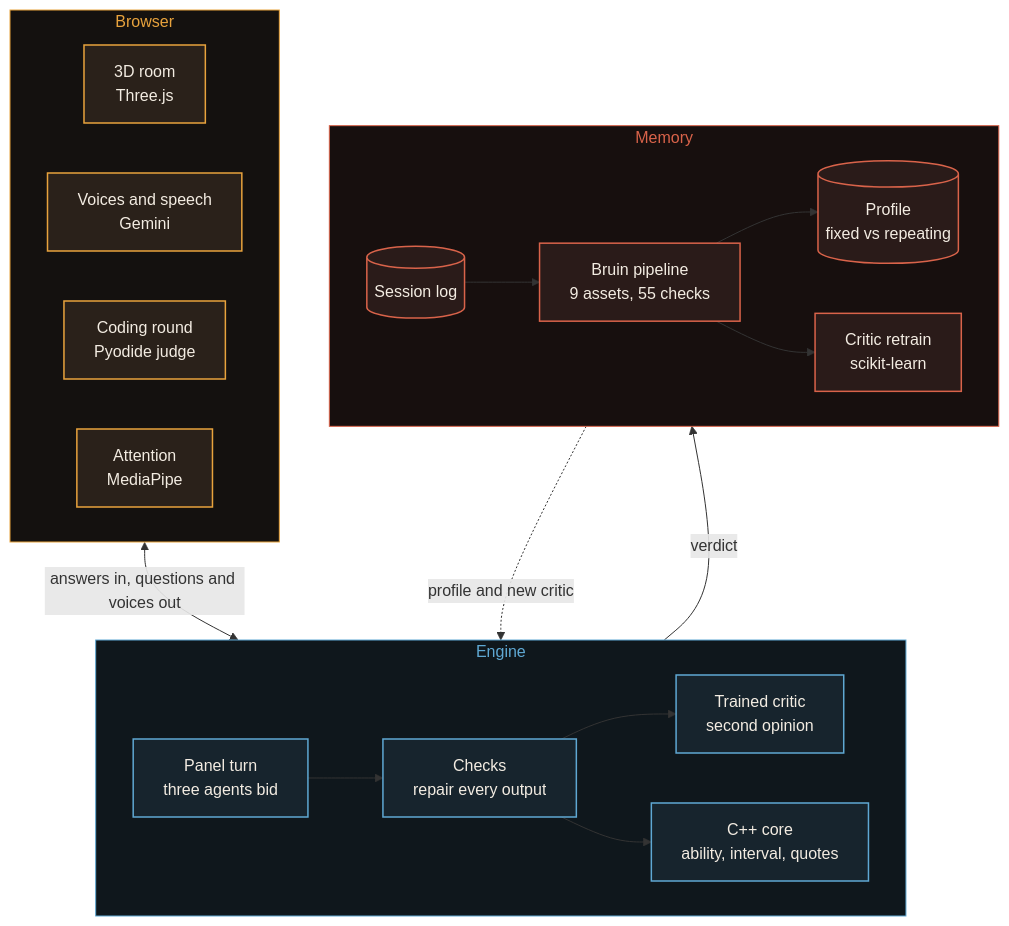
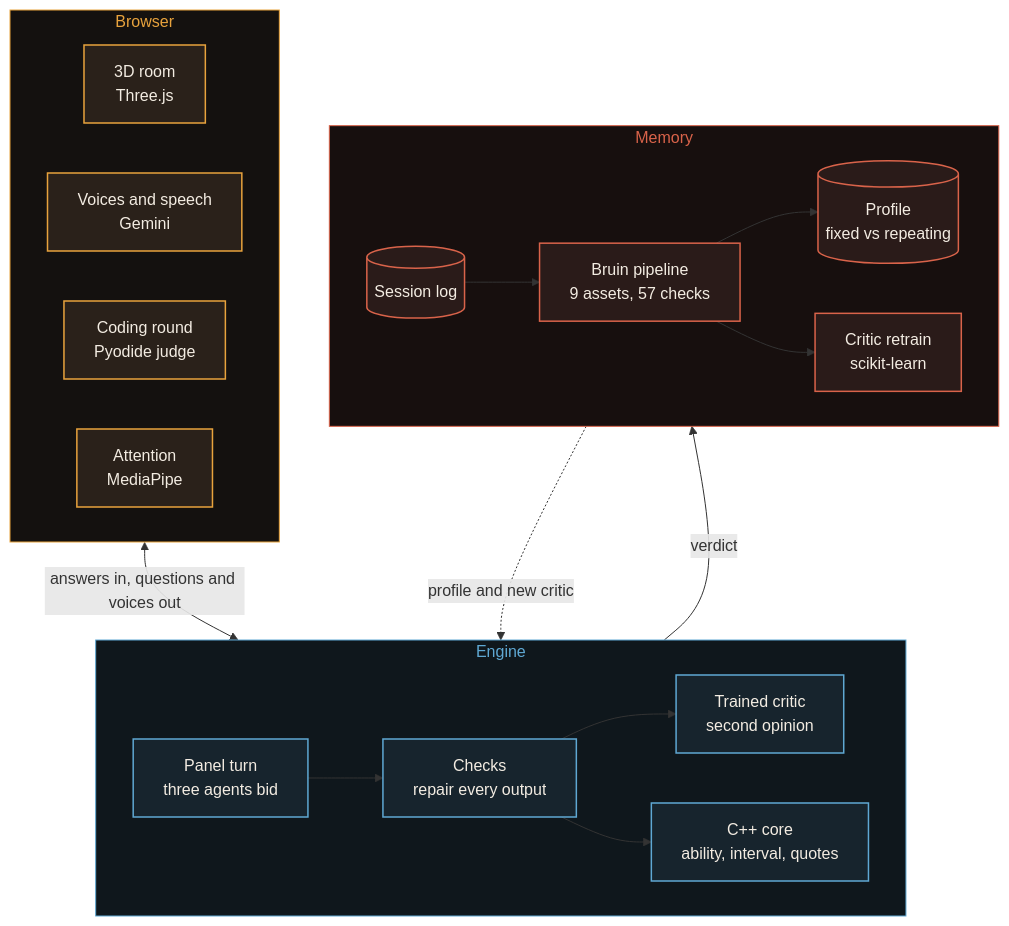
The first of 2 diagrams in README.md (VolodymyrLinuxovich/hotseat), drawn with Mermaid before and after one commit. The commit also changed other lines of this file and 61 other files, not shown here.

````diff
--- a/README.md
+++ b/README.md
@@ -86,36 +95,36 @@
 ```mermaid
 flowchart TB
     classDef ui fill:#2a211a,stroke:#e8a33d,stroke-width:1.5px,color:#f3ece2
     classDef eng fill:#17242d,stroke:#5fa8d3,stroke-width:1.5px,color:#f3ece2
     classDef mem fill:#2a1b19,stroke:#d9634a,stroke-width:1.5px,color:#f3ece2
 
     subgraph BROWSER["Browser"]
         direction LR
         ROOM["3D room<br/>Three.js"]:::ui
         VOICE["Voices and speech<br/>Gemini"]:::ui
         CODE["Coding round<br/>Pyodide judge"]:::ui
         EYES["Attention<br/>MediaPipe"]:::ui
     end
 
     subgraph ENGINE["Engine"]
         direction LR
         PANEL["Panel turn<br/>three agents bid"]:::eng --> CHECKS["Checks<br/>repair every output"]:::eng
         CHECKS --> CRITIC["Trained critic<br/>second opinion"]:::eng
         CHECKS --> CORE["C++ core<br/>ability, interval, quotes"]:::eng
     end
 
     subgraph MEMORY["Memory"]
         direction LR
-        LOG[("Session log")]:::mem --> BRUIN["Bruin pipeline<br/>9 assets, 55 checks"]:::mem
+        LOG[("Session log")]:::mem --> BRUIN["Bruin pipeline<br/>9 assets, 57 checks"]:::mem
         BRUIN --> PROFILE[("Profile<br/>fixed vs repeating")]:::mem
         BRUIN --> RETRAIN["Critic retrain<br/>scikit-learn"]:::mem
     end
 
     BROWSER <-- "answers in, questions and voices out" --> ENGINE
     ENGINE -- "verdict" --> MEMORY
     MEMORY -. "profile and new critic" .-> ENGINE
 
     style BROWSER fill:#14110f,stroke:#e8a33d,color:#e8a33d
     style ENGINE fill:#0f171c,stroke:#5fa8d3,color:#5fa8d3
     style MEMORY fill:#170f0e,stroke:#d9634a,color:#d9634a
 ```
````
